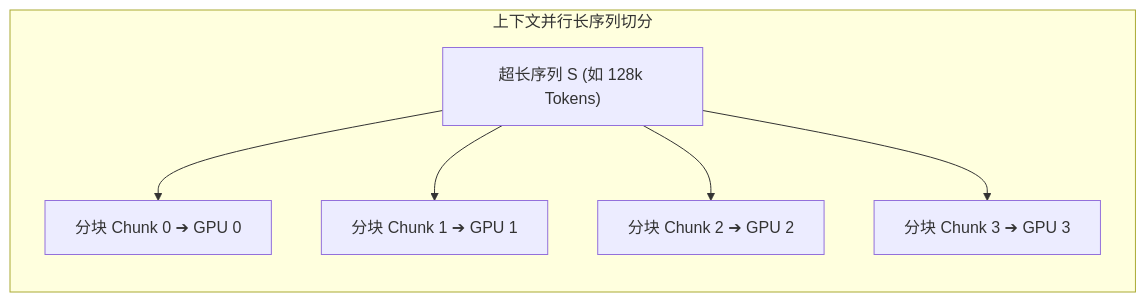
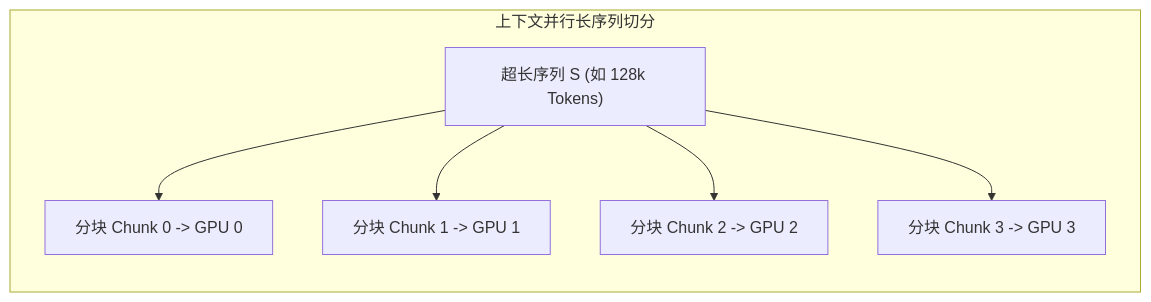
Before and after one commit to hsthanb4/hpclearning: the first of 2 diagrams in train/lesson08.qmd, drawn with Mermaid. The commit also changed other lines of this file and 17 other files, not shown here.

Commit message:
fix(docs): switch to native MathML, resolve Mermaid syntax errors, and fix broken internal links across all courses

````diff
--- a/train/lesson08.qmd
+++ b/train/lesson08.qmd
@@ -44,9 +44,9 @@
 ```{mermaid}
 flowchart LR
     subgraph ContextPartition["上下文并行长序列切分"]
-        Seq["超长序列 S (如 128k Tokens)"] --> C0["分块 Chunk 0 ➔ GPU 0"]
-        Seq --> C1["分块 Chunk 1 ➔ GPU 1"]
-        Seq --> C2["分块 Chunk 2 ➔ GPU 2"]
-        Seq --> C3["分块 Chunk 3 ➔ GPU 3"]
+        Seq["超长序列 S (如 128k Tokens)"] --> C0["分块 Chunk 0 -> GPU 0"]
+        Seq --> C1["分块 Chunk 1 -> GPU 1"]
+        Seq --> C2["分块 Chunk 2 -> GPU 2"]
+        Seq --> C3["分块 Chunk 3 -> GPU 3"]
     end
 ```
````
